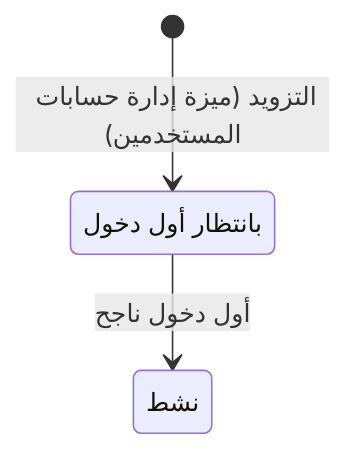
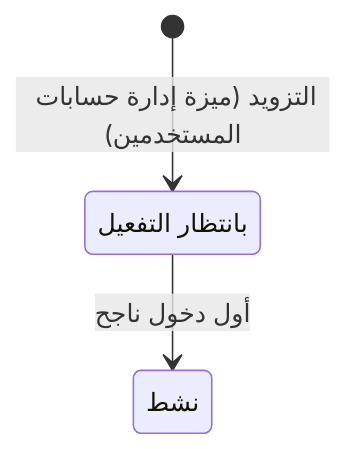
Before and after one commit to Ayoubkhattab/Planing: the second of 2 diagrams in spec/18-analysis-design/05-user-stories/CAP-01-org-access/FEAT-ORG-SIGN-IN.md, drawn with Mermaid. The commit also changed other lines of this file and 2 other files, not shown here.

````diff
--- a/spec/18-analysis-design/05-user-stories/CAP-01-org-access/FEAT-ORG-SIGN-IN.md
+++ b/spec/18-analysis-design/05-user-stories/CAP-01-org-access/FEAT-ORG-SIGN-IN.md
@@ -69,7 +69,7 @@
 ```mermaid
 stateDiagram-v2
-  state "بانتظار أول دخول" as PENDING
+  state "بانتظار التفعيل" as PENDING
   state "نشط" as ACTIVE
   [*] --> PENDING: التزويد (ميزة إدارة حسابات المستخدمين)
   PENDING --> ACTIVE: أول دخول ناجح
 ```
````
